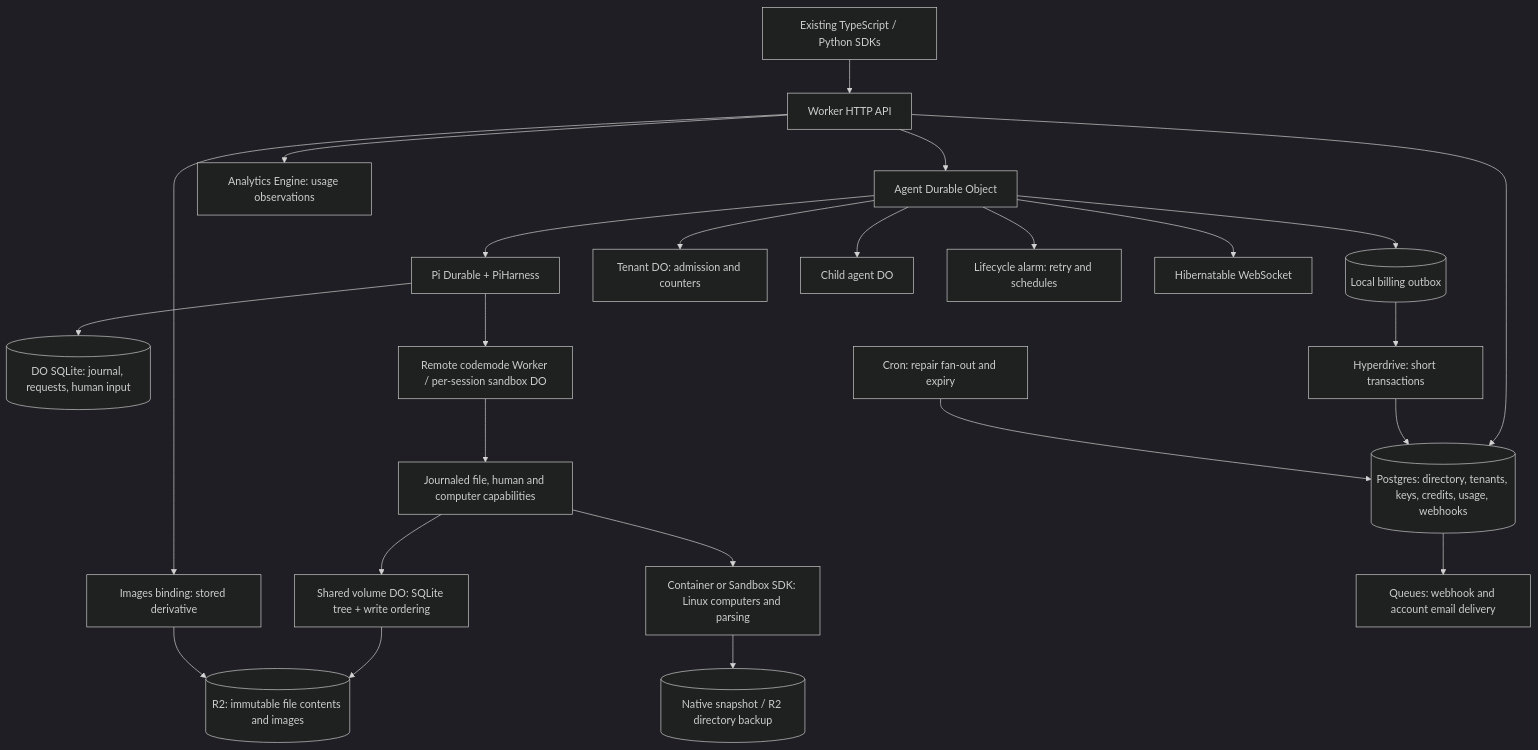
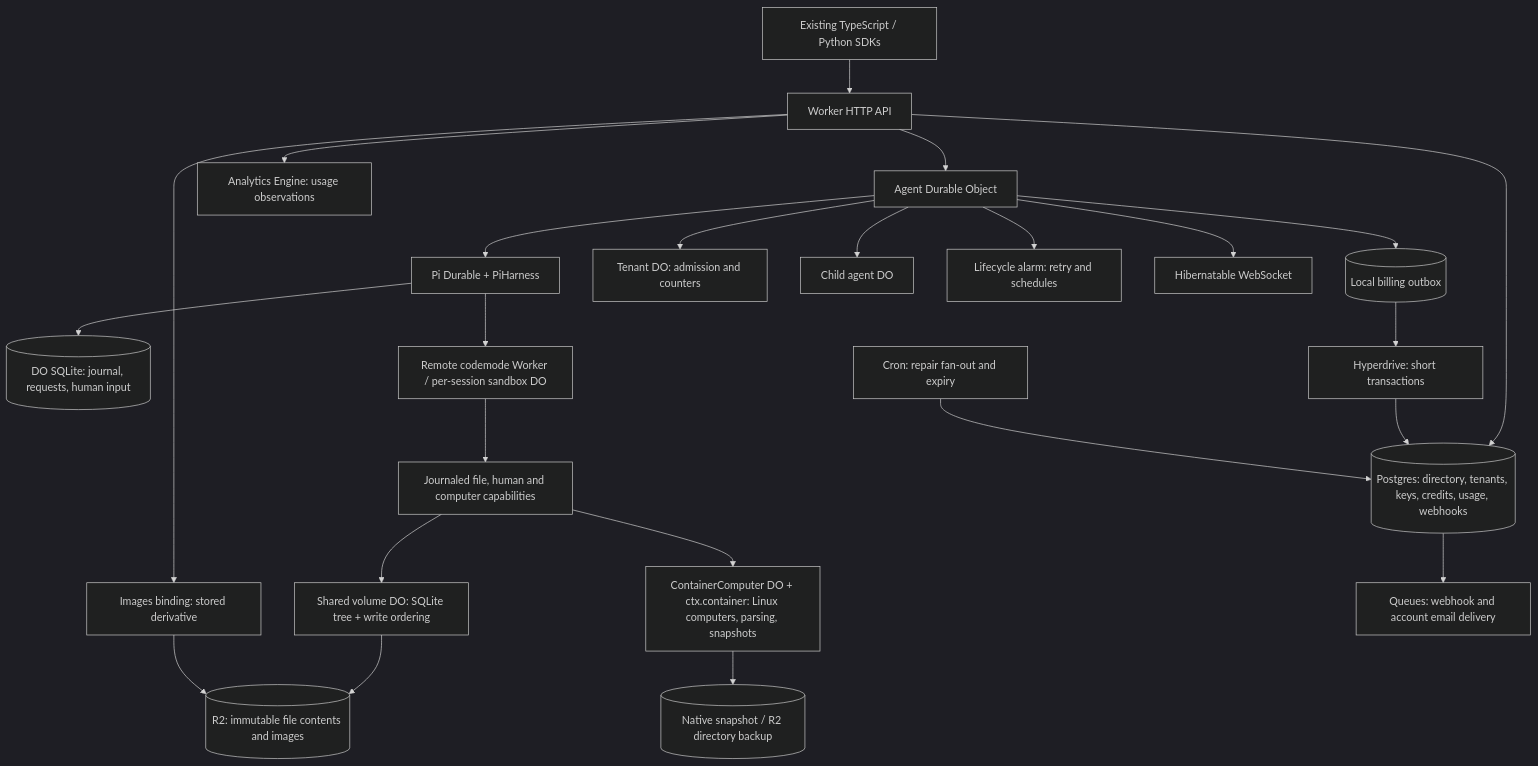
One commit to qaml-ai/run changed the diagram in backends/workers/ELEGANCE.md. Above: the diagram before and after it, drawn with Mermaid (dark theme). The commit also changed other lines of this file and 3 other files, not shown here.

````diff
--- a/backends/workers/ELEGANCE.md
+++ b/backends/workers/ELEGANCE.md
@@ -27,26 +27,26 @@
 ```mermaid
 flowchart TB
     SDK[Existing TypeScript / Python SDKs] --> API[Worker HTTP API]
     API --> PG[(Postgres: directory, tenants, keys, credits, usage, webhooks)]
     API --> A[Agent Durable Object]
     A --> P[Pi Durable + PiHarness]
     P --> SQL[(DO SQLite: journal, requests, human input)]
     A --> OUT[(Local billing outbox)]
     OUT --> HD[Hyperdrive: short transactions]
     HD --> PG
     A --> T[Tenant DO: admission and counters]
     A --> CHILD[Child agent DO]
     A --> ALARM[Lifecycle alarm: retry and schedules]
     A --> STREAM[Hibernatable WebSocket]
     P --> CM[Remote codemode Worker / per-session sandbox DO]
     CM --> TOOLS[Journaled file, human and computer capabilities]
     TOOLS --> V[Shared volume DO: SQLite tree + write ordering]
     V --> R2[(R2: immutable file contents and images)]
     API --> IMG[Images binding: stored derivative]
     IMG --> R2
-    TOOLS --> LINUX[Container or Sandbox SDK: Linux computers and parsing]
+    TOOLS --> LINUX[ContainerComputer DO + ctx.container: Linux computers, parsing, snapshots]
     LINUX --> BACKUP[(Native snapshot / R2 directory backup)]
     PG --> Q[Queues: webhook and account email delivery]
     CRON[Cron: repair fan-out and expiry] --> PG
     API --> METRICS[Analytics Engine: usage observations]
 ```
````
